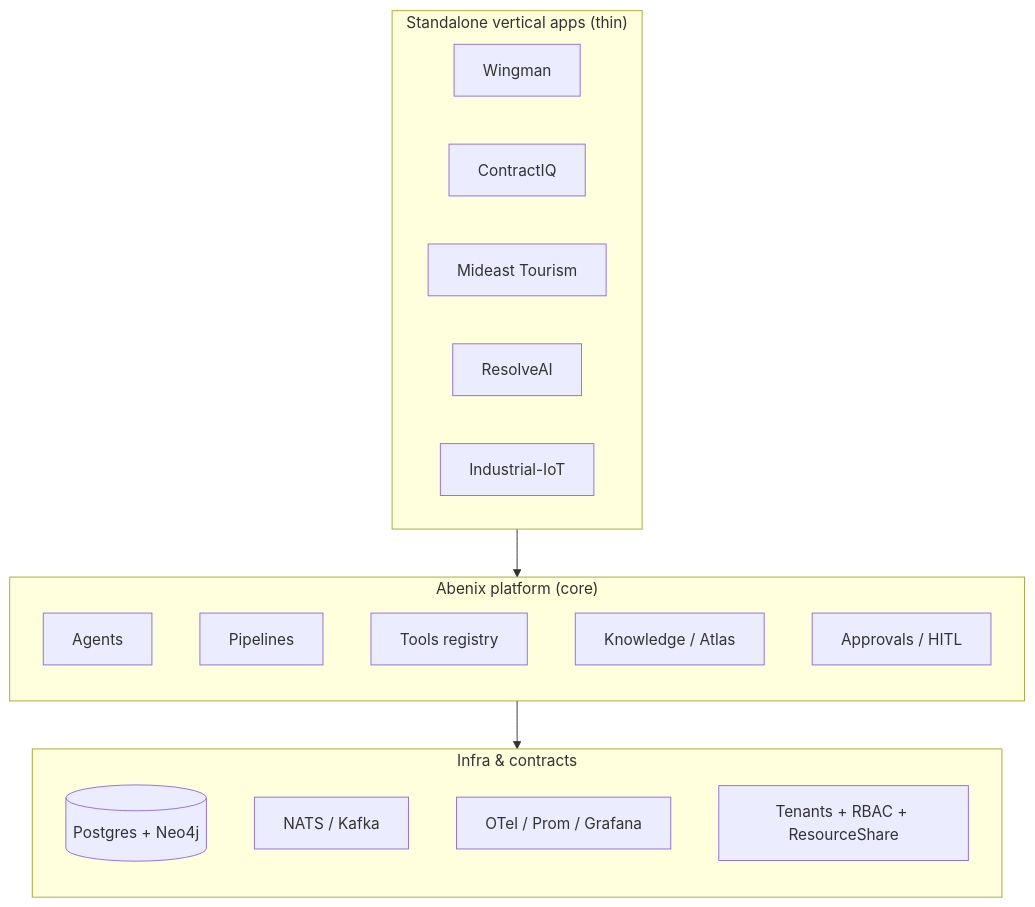
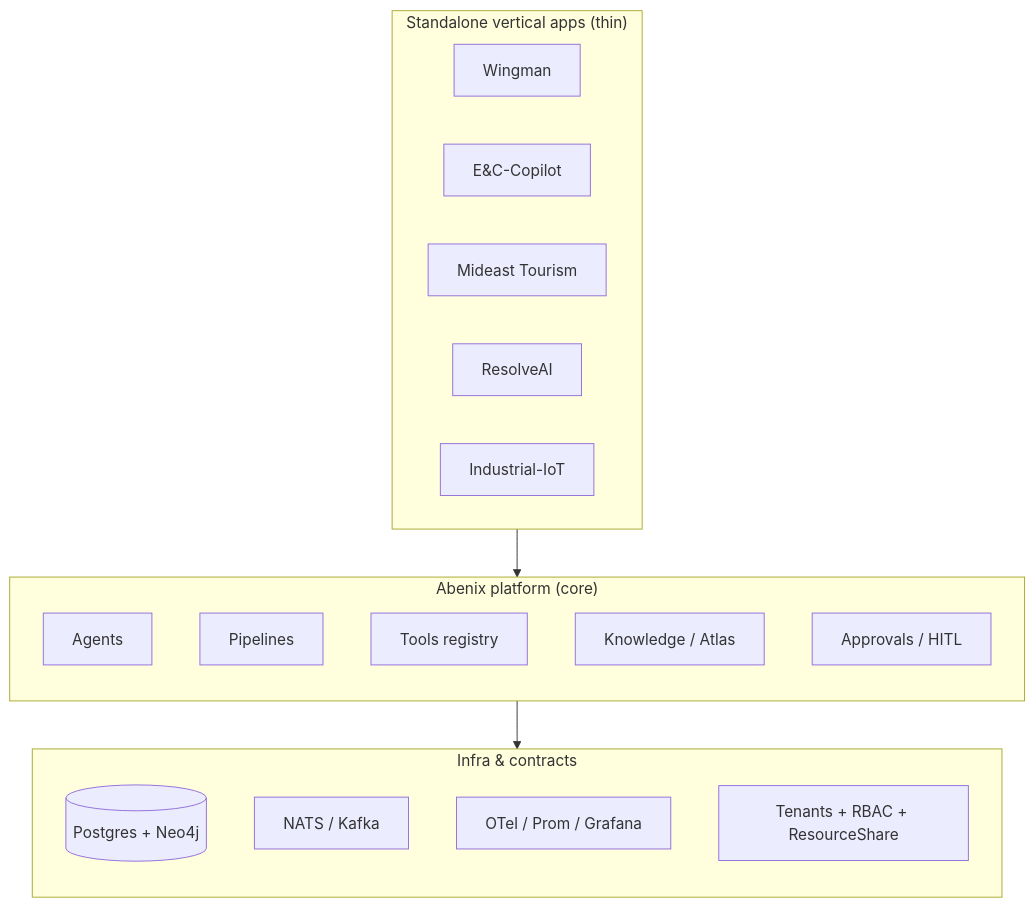
The first of 2 diagrams in apps/web/public/dev-docs/01-architecture/00-overview.md (sarkar4777/abenix), drawn with Mermaid before and after one commit. The commit also changed other lines of this file and 53 other files, not shown here.

````diff
--- a/apps/web/public/dev-docs/01-architecture/00-overview.md
+++ b/apps/web/public/dev-docs/01-architecture/00-overview.md
@@ -15,30 +15,30 @@
 ```mermaid
 flowchart TB
   subgraph PERIPHERY["Standalone vertical apps (thin)"]
     W[Wingman]
-    C[ContractIQ]
+    C[E&C-Copilot]
     S[Mideast Tourism]
     R[ResolveAI]
     I[Industrial-IoT]
   end
 
   subgraph PLATFORM["Abenix platform (core)"]
     direction TB
     A[Agents]
     P[Pipelines]
     T[Tools registry]
     K[Knowledge / Atlas]
     AP[Approvals / HITL]
   end
 
   subgraph FOUNDATION["Infra & contracts"]
     direction TB
     DB[(Postgres + Neo4j)]
     Q[NATS / Kafka]
     OBS[OTel / Prom / Grafana]
     RBAC[Tenants + RBAC + ResourceShare]
   end
 
   PERIPHERY --> PLATFORM
   PLATFORM --> FOUNDATION
 ```
````
